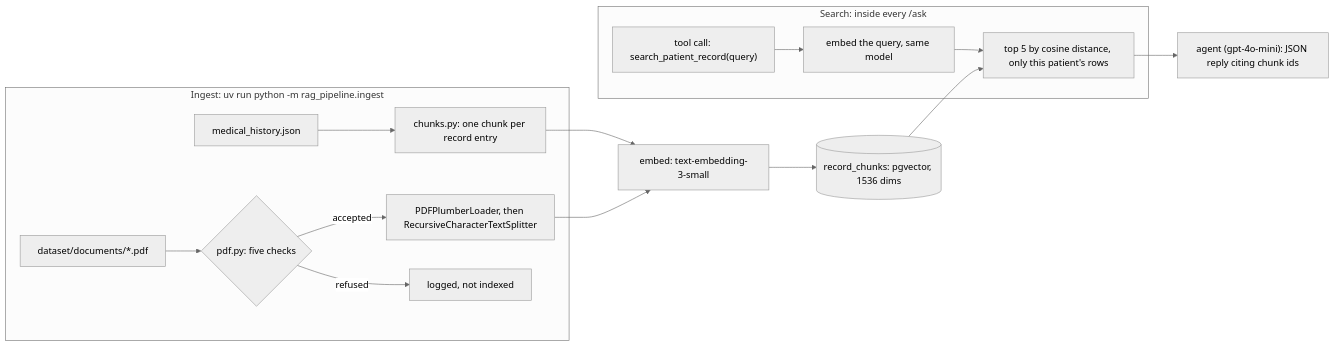
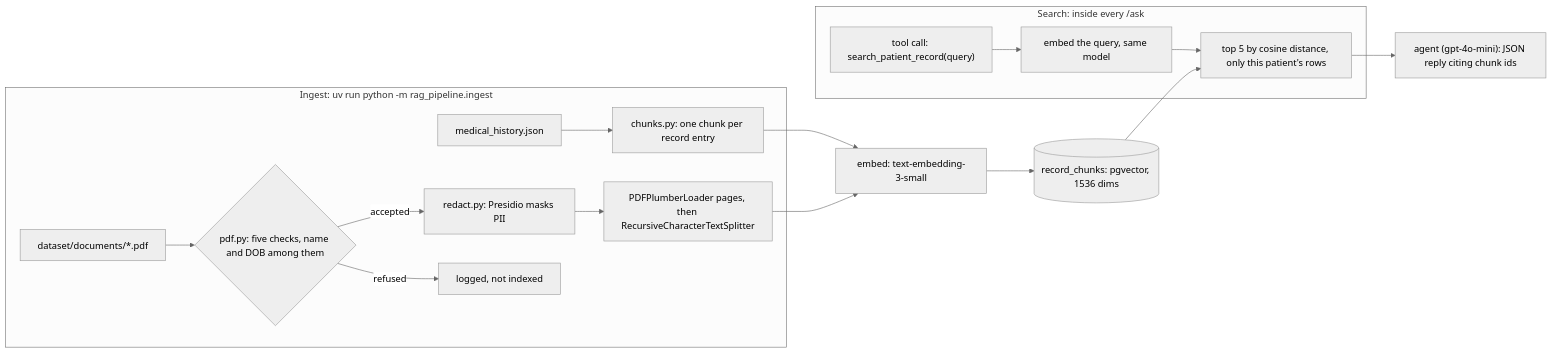
One commit to Nelev/medas changed the diagram in README.md. Above: the diagram before and after it, drawn with Mermaid (neutral theme). The commit also changed other lines of this file, not shown here.

Commit message:
docs: describe the name/DOB check and the PII masking

````diff
--- a/README.md
+++ b/README.md
@@ -206,18 +206,19 @@
 ```mermaid
 flowchart LR
   subgraph ingest["Ingest: uv run python -m rag_pipeline.ingest"]
     J["medical_history.json"] --> C["chunks.py: one chunk per record entry"]
-    P["dataset/documents/*.pdf"] --> G{"pdf.py: five checks"}
-    G -->|accepted| S["PDFPlumberLoader, then RecursiveCharacterTextSplitter"]
+    P["dataset/documents/*.pdf"] --> G{"pdf.py: five checks, name and DOB among them"}
+    G -->|accepted| M["redact.py: Presidio masks PII"]
+    M --> S["PDFPlumberLoader pages, then RecursiveCharacterTextSplitter"]
     G -->|refused| X["logged, not indexed"]
   end
   C --> E["embed: text-embedding-3-small"]
   S --> E
   E --> T[("record_chunks: pgvector, 1536 dims")]
   subgraph query["Search: inside every /ask"]
     Q["tool call: search_patient_record(query)"] --> EQ["embed the query, same model"]
     EQ --> K["top 5 by cosine distance, only this patient's rows"]
   end
   T --> K
   K --> A["agent (gpt-4o-mini): JSON reply citing chunk ids"]
 ```
````
